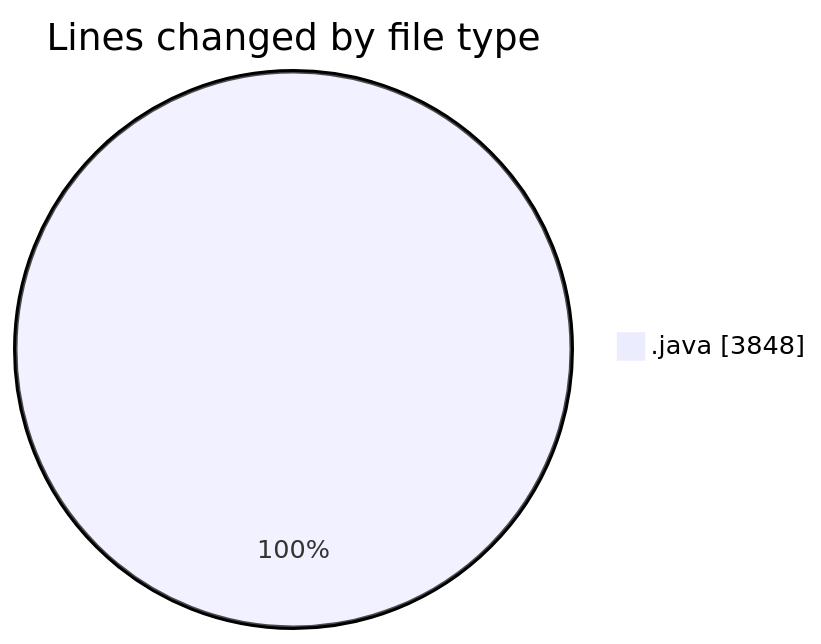
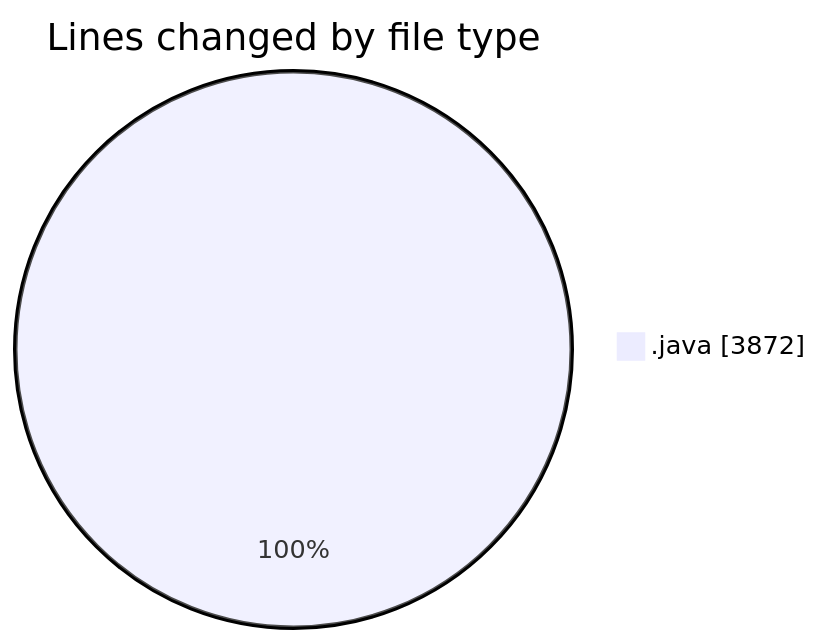
Before and after one commit to ricardozamudiocil/code-tracking: the first of 2 diagrams in 2026-09-01/cilapp/README.md, drawn with Mermaid. The commit also changed other lines of this file and 1 other file, not shown here.

````diff
--- a/2026-09-01/cilapp/README.md
+++ b/2026-09-01/cilapp/README.md
@@ -23,5 +23,5 @@
 ```mermaid
 pie showData
 title Lines changed by file type
-".java" : 3848
+".java" : 3872
 ```
````
